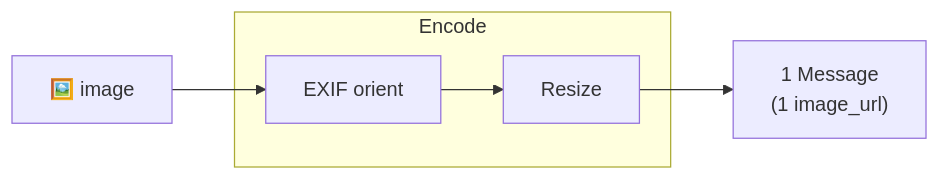
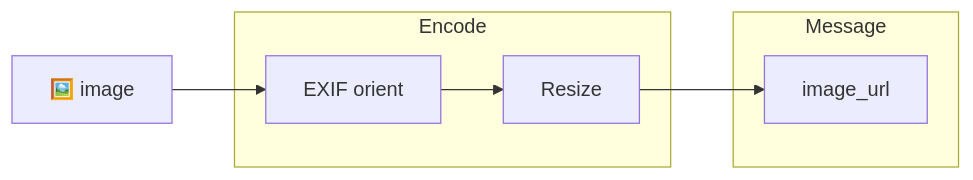
The first of 17 diagrams in docs/ENCODERS.md (vlm-run/mm), drawn with Mermaid before and after one commit. The commit also changed other lines of this file and 1 other file, not shown here.

Commit message:
use a message block with subgroups

````diff
--- a/docs/ENCODERS.md
+++ b/docs/ENCODERS.md
@@ -20,13 +20,15 @@
 ```mermaid
 graph LR
   img["🖼️ image"]
 
   subgraph encode ["Encode"]
     exif["EXIF orient"]
     resize["Resize"]
   end
 
-  msg["1 Message\n(1 image_url)"]
+  subgraph message ["Message"]
+    msg["image_url"]
+  end
 
   img --> exif --> resize --> msg
 ```
````
